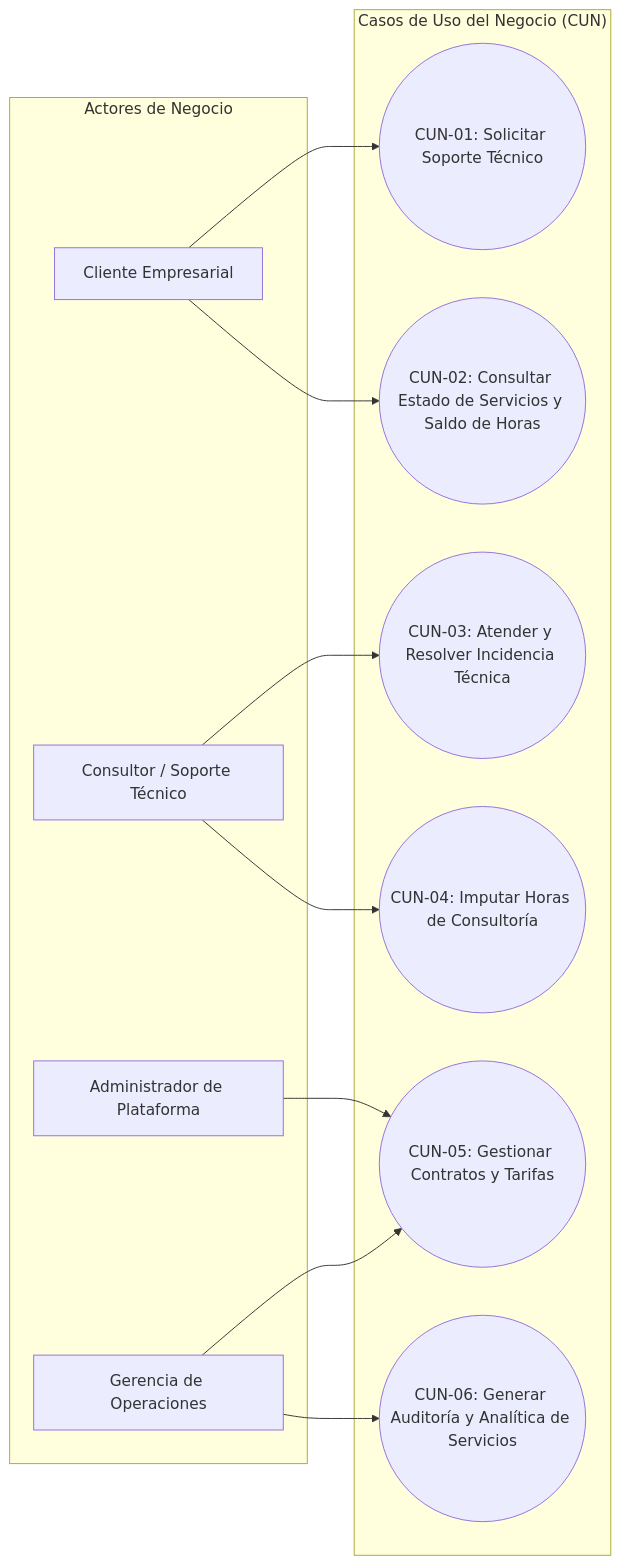
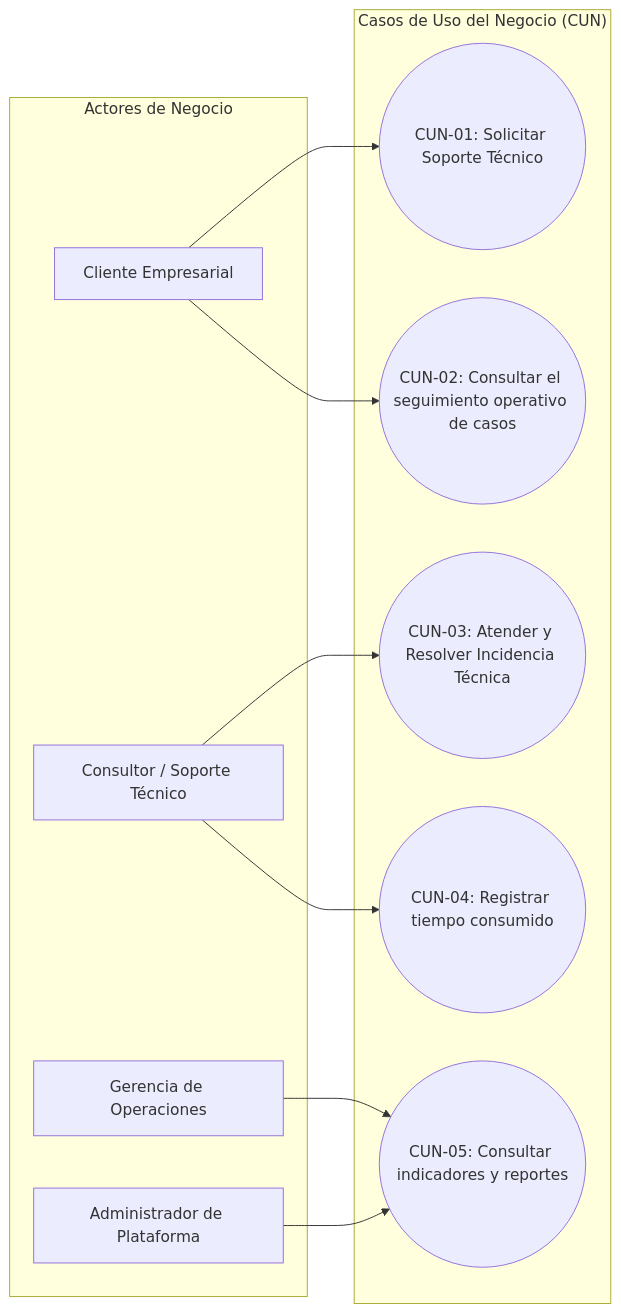
Before and after one commit to jesusalbujas/CONTROL-PST: the third of 13 diagrams in docs/proyectos/pst-4-arquitectura.md, drawn with Mermaid. The commit also changed other lines of this file and 9 other files, not shown here.

````diff
--- a/docs/proyectos/pst-4-arquitectura.md
+++ b/docs/proyectos/pst-4-arquitectura.md
@@ -157,26 +144,24 @@
 ```mermaid
 flowchart LR
     subgraph sub_Actores_de_Negocio ["Actores de Negocio"]
         C["Cliente Empresarial"]
         K["Consultor / Soporte Técnico"]
         G["Gerencia de Operaciones"]
         ADM["Administrador de Plataforma"]
     end
 
     subgraph sub_Casos_de_Uso_del_Negocio_CUN ["Casos de Uso del Negocio (CUN)"]
         CUN1(("CUN-01: Solicitar Soporte Técnico"))
-        CUN2(("CUN-02: Consultar Estado de Servicios y Saldo de Horas"))
+        CUN2(("CUN-02: Consultar el seguimiento operativo de casos"))
         CUN3(("CUN-03: Atender y Resolver Incidencia Técnica"))
-        CUN4(("CUN-04: Imputar Horas de Consultoría"))
-        CUN5(("CUN-05: Gestionar Contratos y Tarifas"))
-        CUN6(("CUN-06: Generar Auditoría y Analítica de Servicios"))
+        CUN4(("CUN-04: Registrar tiempo consumido"))
+        CUN5(("CUN-05: Consultar indicadores y reportes"))
     end
 
     C --> CUN1
     C --> CUN2
     K --> CUN3
     K --> CUN4
     G --> CUN5
-    G --> CUN6
     ADM --> CUN5
 ```
````
